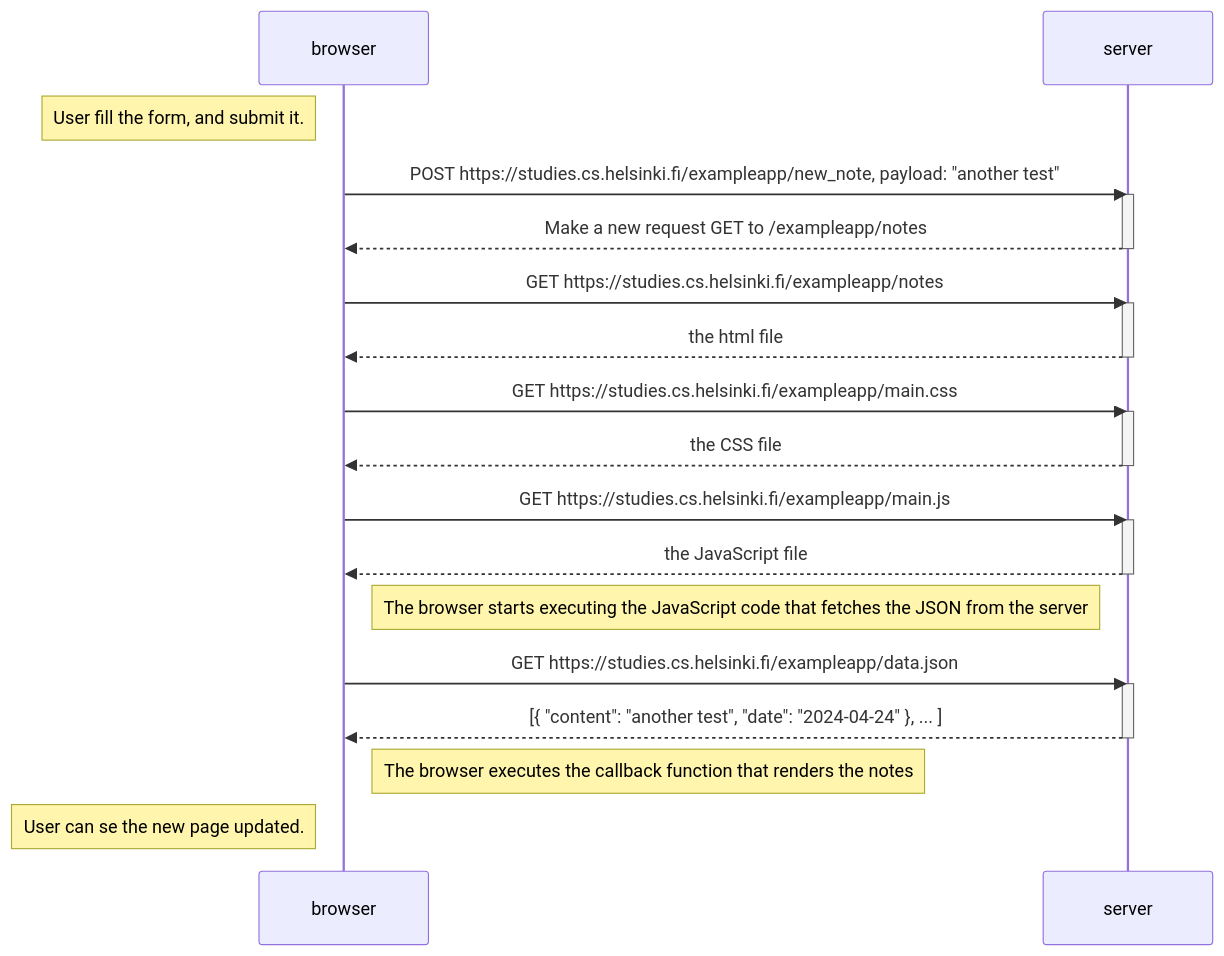
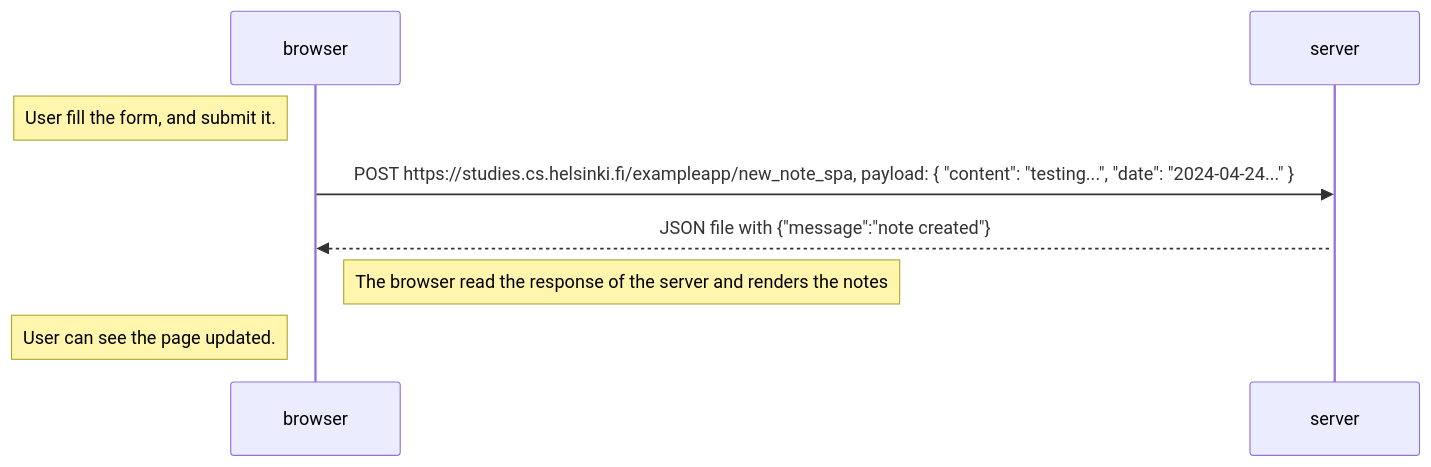
Before and after one commit to nicolas240/FullStackOpenExercises: the diagram in part0/0.6-SinglePageNewNote/diagramaSecuenciaForm.md, drawn with Mermaid.

````diff
--- a/part0/0.6-SinglePageNewNote/diagramaSecuenciaForm.md
+++ b/part0/0.6-SinglePageNewNote/diagramaSecuenciaForm.md
@@ -1,38 +1,15 @@
 ```mermaid
 sequenceDiagram
     participant browser
     participant server
 
     Note left of browser: User fill the form, and submit it.
 
-    browser->>server: POST https://studies.cs.helsinki.fi/exampleapp/new_note, payload: "another test"
+    browser->>server: POST https://studies.cs.helsinki.fi/exampleapp/new_note_spa, payload: { "content": "testing...", "date": "2024-04-24..." }
     activate server
-    server-->>browser: Make a new request GET to /exampleapp/notes
-    deactivate server
+    server-->>browser: JSON file with {"message":"note created"}
 
-    browser->>server: GET https://studies.cs.helsinki.fi/exampleapp/notes
-    activate server
-    server-->>browser: the html file
-    deactivate server
+    Note right of browser: The browser read the response of the server and renders the notes
 
-    browser->>server: GET https://studies.cs.helsinki.fi/exampleapp/main.css
-    activate server
-    server-->>browser: the CSS file
-    deactivate server
-
-    browser->>server: GET https://studies.cs.helsinki.fi/exampleapp/main.js
-    activate server
-    server-->>browser: the JavaScript file
-    deactivate server
-
-    Note right of browser: The browser starts executing the JavaScript code that fetches the JSON from the server
-
-    browser->>server: GET https://studies.cs.helsinki.fi/exampleapp/data.json
-    activate server
-    server-->>browser: [{ "content": "another test", "date": "2024-04-24" }, ... ]
-    deactivate server
-
-    Note right of browser: The browser executes the callback function that renders the notes
-
-    Note left of browser: User can se the new page updated.
+    Note left of browser: User can see the page updated.
 ```
````
